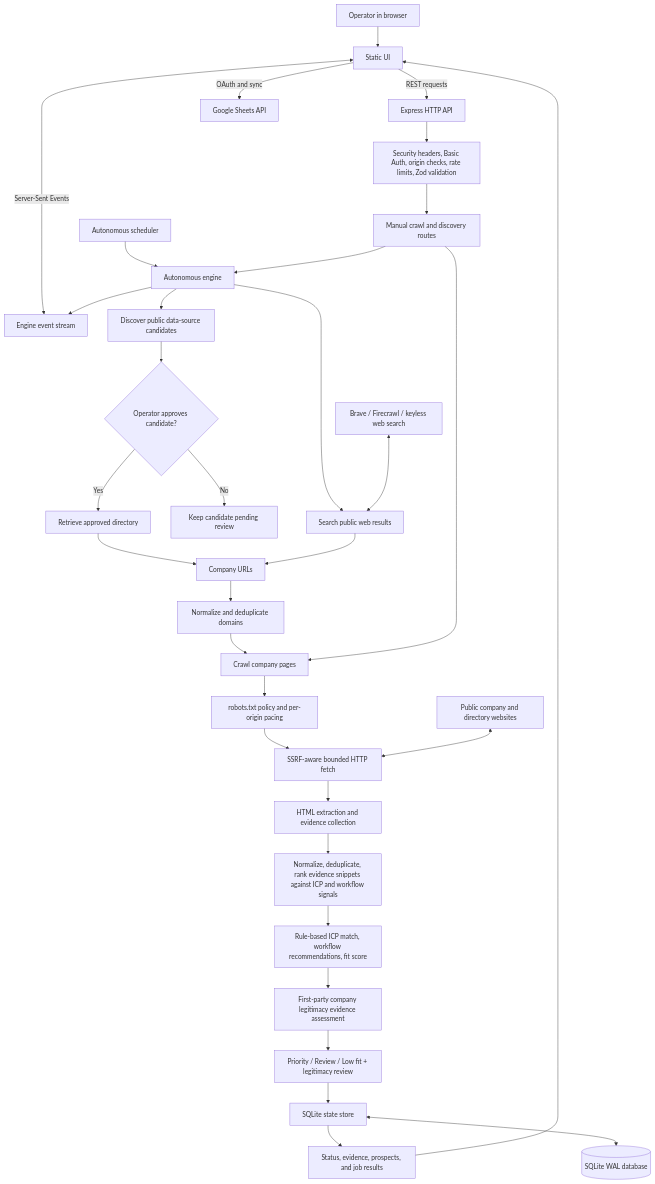
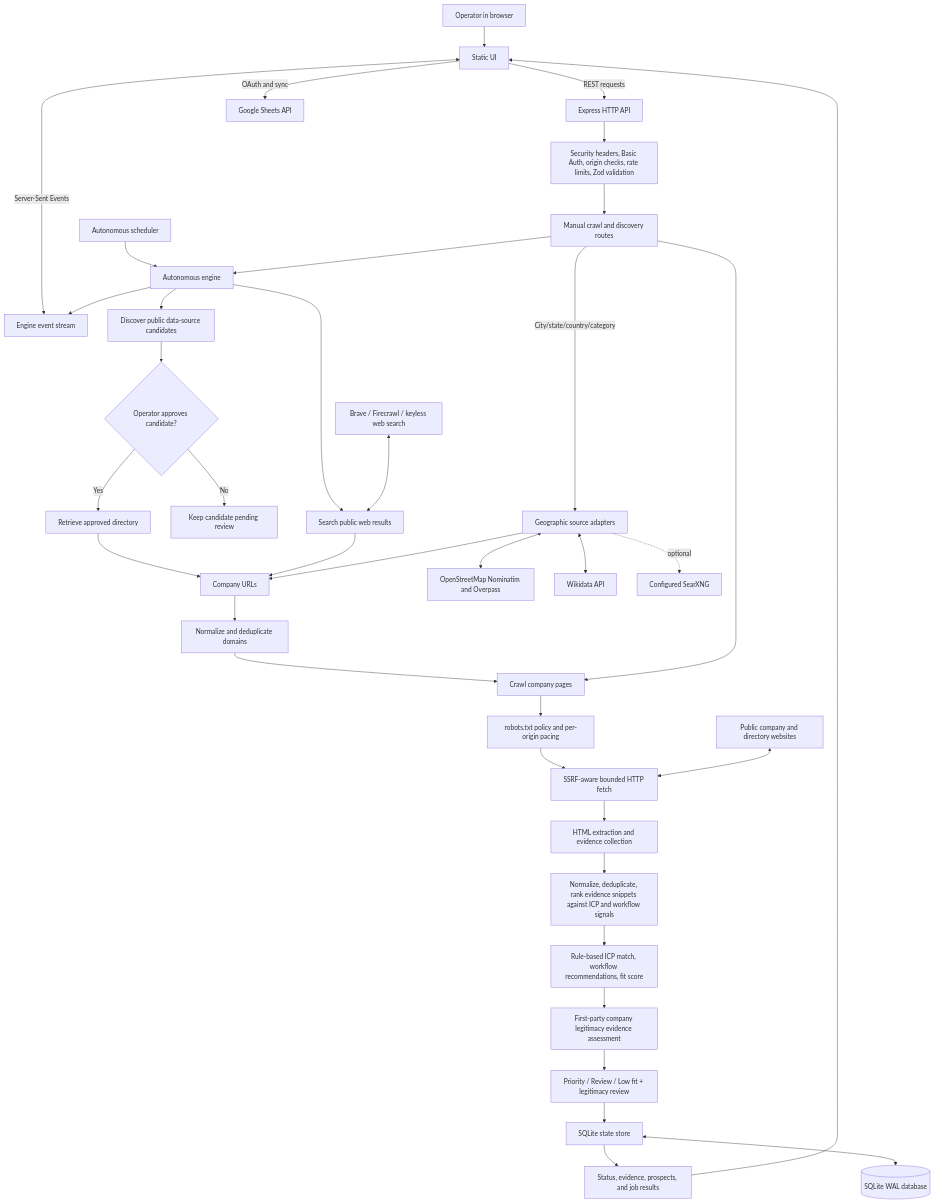
Before and after one commit to Pradii001/Dakini_AI-icp-scraper: the diagram in ARCHITECTURE.md, drawn with Mermaid. The commit also changed other lines of this file and 30 other files, not shown here.

````diff
--- a/ARCHITECTURE.md
+++ b/ARCHITECTURE.md
@@ -7,38 +7,43 @@
 ```mermaid
 flowchart TD
     Operator[Operator in browser] --> UI[Static UI]
     UI -->|REST requests| HTTP[Express HTTP API]
     UI <-->|Server-Sent Events| SSE[Engine event stream]
     HTTP --> Guard[Security headers, Basic Auth, origin checks, rate limits, Zod validation]
 
     Guard --> Manual[Manual crawl and discovery routes]
     Timer[Autonomous scheduler] --> Engine[Autonomous engine]
     Manual --> Engine
     Engine --> SourceScan[Discover public data-source candidates]
     SourceScan --> Approval{Operator approves candidate?}
     Approval -->|Yes| Directory[Retrieve approved directory]
     Approval -->|No| Review[Keep candidate pending review]
     Engine --> WebSearch[Search public web results]
+    Manual -->|City/state/country/category| GeoSources[Geographic source adapters]
     Directory --> CompanyURLs[Company URLs]
     WebSearch --> CompanyURLs
+    GeoSources --> CompanyURLs
     CompanyURLs --> Dedup[Normalize and deduplicate domains]
     Dedup --> Crawl[Crawl company pages]
     Manual --> Crawl
 
     Crawl --> Robots[robots.txt policy and per-origin pacing]
     Robots --> Fetch[SSRF-aware bounded HTTP fetch]
     Fetch --> Parse[HTML extraction and evidence collection]
     Parse --> Prepare[Normalize, deduplicate, rank evidence snippets against ICP and workflow signals]
     Prepare --> Score[Rule-based ICP match, workflow recommendations, fit score]
     Score --> Legitimacy[First-party company legitimacy evidence assessment]
     Legitimacy --> Qualification[Priority / Review / Low fit + legitimacy review]
     Qualification --> Persist[SQLite state store]
     Persist --> API[Status, evidence, prospects, and job results]
     API --> UI
     Engine --> SSE
 
     SearchProvider[Brave / Firecrawl / keyless web search] <--> WebSearch
+    GeoSources <--> OSM[OpenStreetMap Nominatim and Overpass]
+    GeoSources <--> Wikidata[Wikidata API]
+    GeoSources -. optional .-> SearXNG[Configured SearXNG]
     PublicSites[Public company and directory websites] <--> Fetch
     Persist <--> SQLite[(SQLite WAL database)]
     UI -->|OAuth and sync| Sheets[Google Sheets API]
 ```
````
